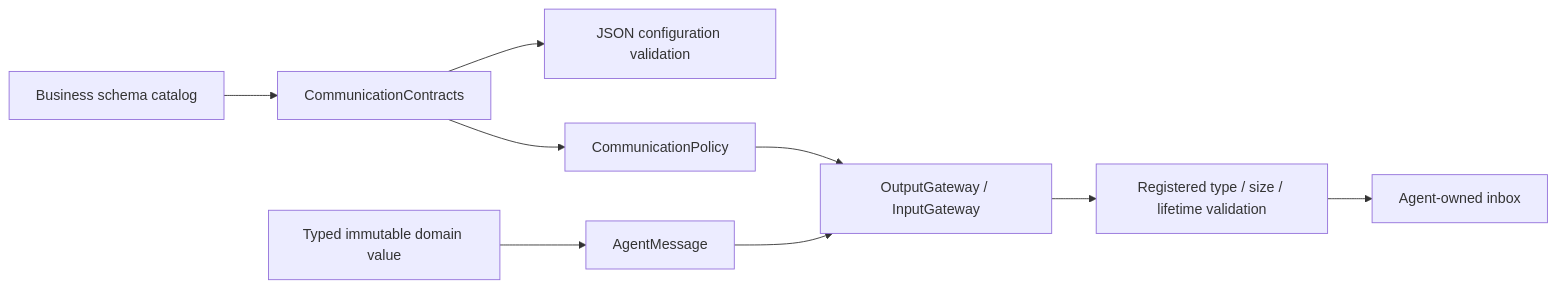
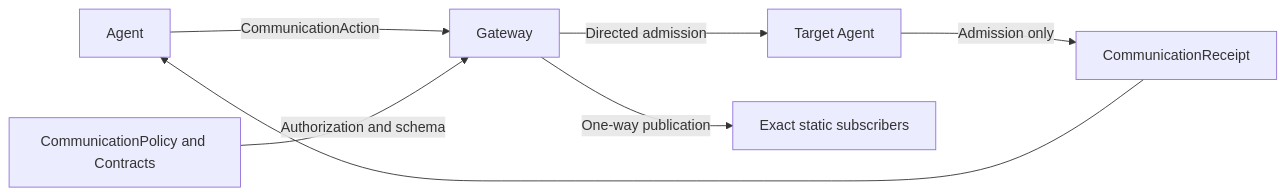
The diagram in MobileHarness/Agents/Support/Core/Communication/README.md (devilyouwei/MobileHarness), drawn with Mermaid before and after one commit. The commit also changed other lines of this file and 116 other files, not shown here.

````diff
--- a/MobileHarness/Agents/Support/Core/Communication/README.md
+++ b/MobileHarness/Agents/Support/Core/Communication/README.md
@@ -94,11 +15,9 @@
 ```mermaid
 flowchart LR
-    Catalog[Business schema catalog] --> Registry[CommunicationContracts]
-    Registry --> Config[JSON configuration validation]
-    Registry --> Policy[CommunicationPolicy]
-    Content[Typed immutable domain value] --> Message[AgentMessage]
-    Message --> Gateway[OutputGateway / InputGateway]
-    Policy --> Gateway
-    Gateway --> Schema[Registered type / size / lifetime validation]
-    Schema --> Receiver[Agent-owned inbox]
+ Agent -->|CommunicationAction| Gateway
+ Policy[CommunicationPolicy and Contracts] -->|Authorization and schema| Gateway
+ Gateway -->|Directed admission| Receiver[Target Agent]
+ Receiver -->|Admission only| Receipt[CommunicationReceipt]
+ Receipt --> Agent
+ Gateway -->|One-way publication| Subscribers[Exact static subscribers]
 ```
````
